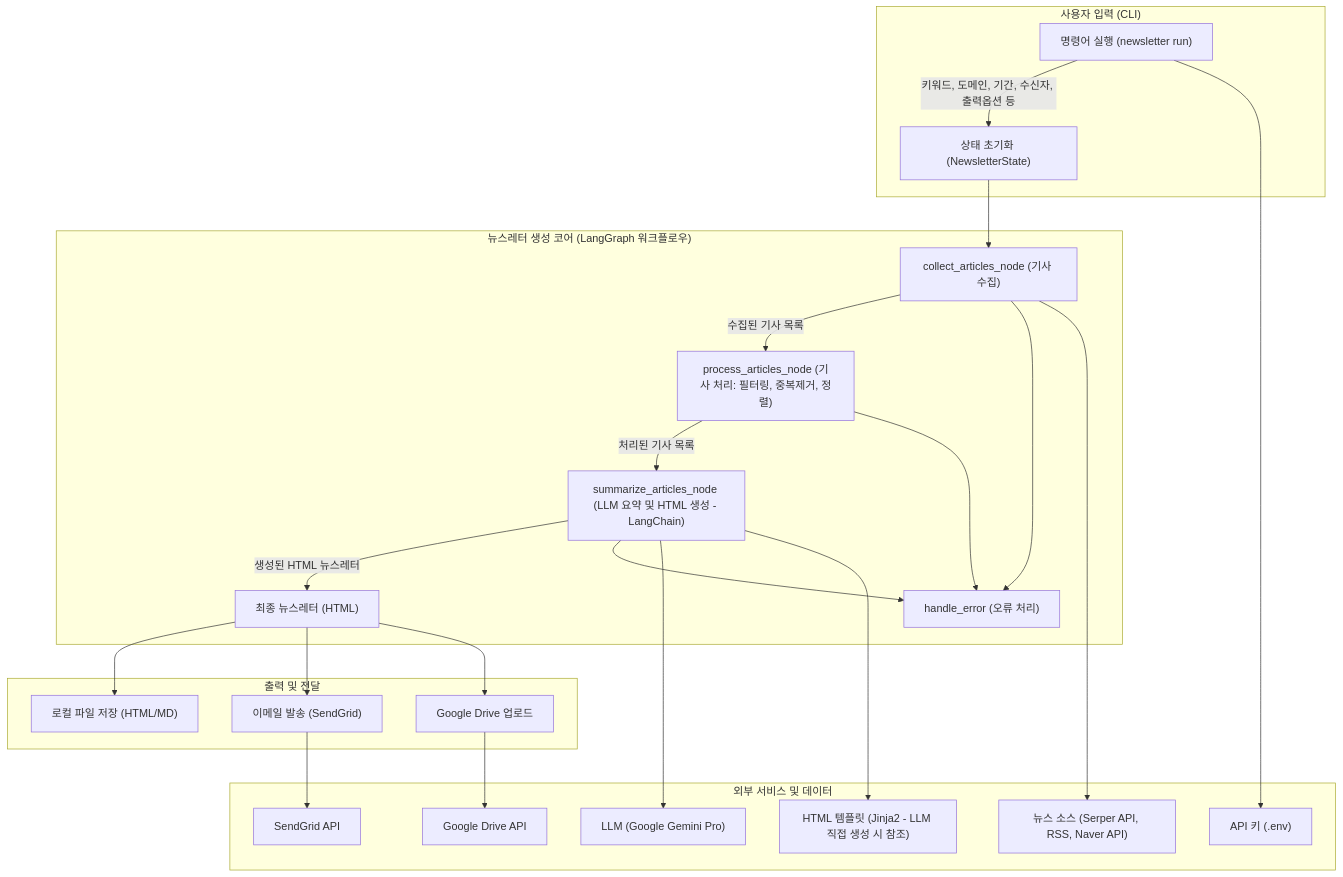
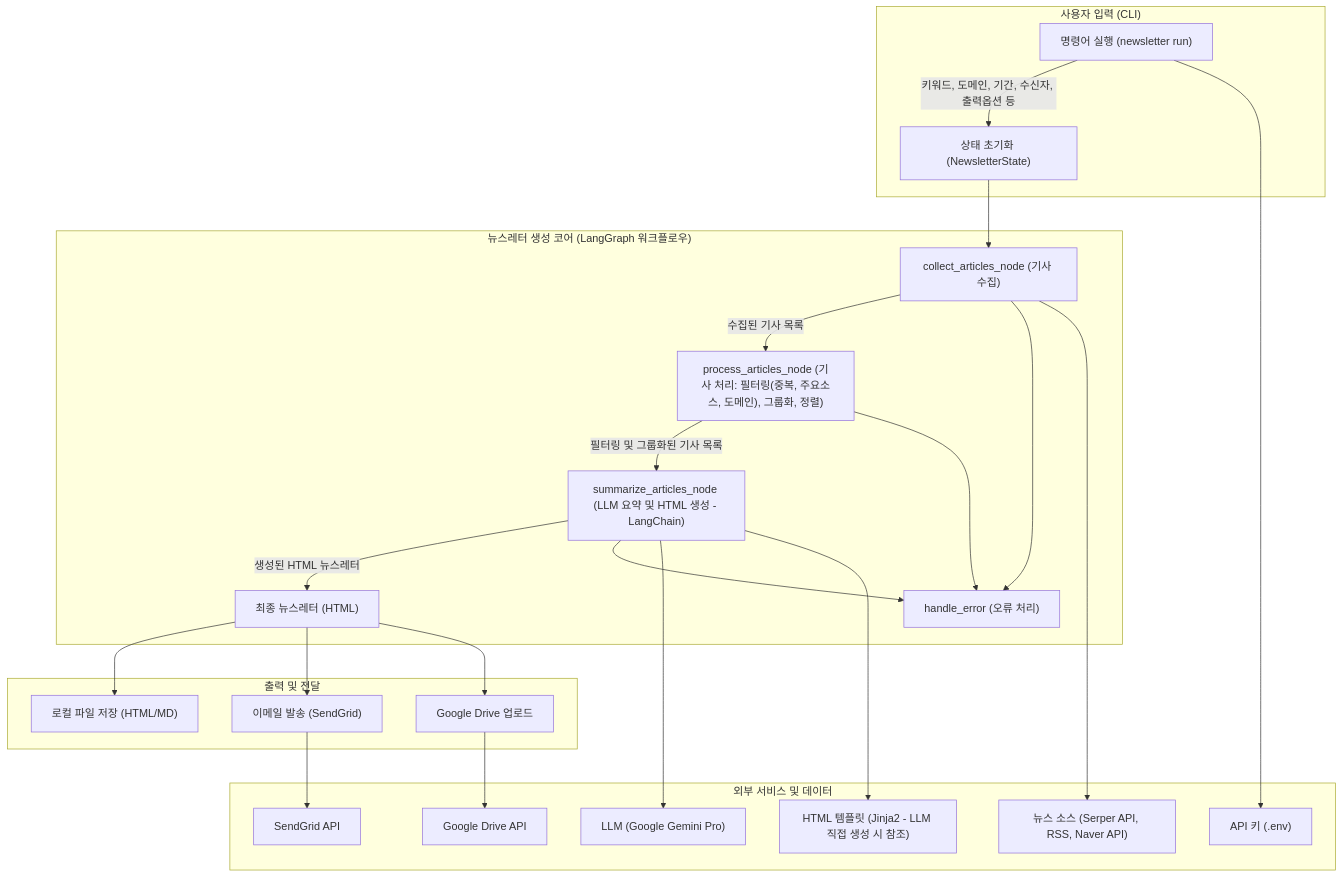
One commit to hjjung-katech/newsletter-generator changed the diagram in architecture.md. Above: the diagram before and after it, drawn with Mermaid. The commit also changed other lines of this file and 2 other files, not shown here.

````diff
--- a/architecture.md
+++ b/architecture.md
@@ -93,44 +100,44 @@
 ```mermaid
 flowchart TD
     subgraph "사용자 입력 (CLI)"
         A1["명령어 실행 (newsletter run)"]
         A1 -- 키워드, 도메인, 기간, 수신자, 출력옵션 등 --> B
     end
 
     subgraph "뉴스레터 생성 코어 (LangGraph 워크플로우)"
         B["상태 초기화 (NewsletterState)"] --> C1
         C1["collect_articles_node (기사 수집)"]
         C1 -- 수집된 기사 목록 --> C2
-        C2["process_articles_node (기사 처리: 필터링, 중복제거, 정렬)"]
-        C2 -- 처리된 기사 목록 --> C3
+        C2["process_articles_node (기사 처리: 필터링(중복, 주요소스, 도메인), 그룹화, 정렬)"]
+        C2 -- 필터링 및 그룹화된 기사 목록 --> C3
         C3["summarize_articles_node (LLM 요약 및 HTML 생성 - LangChain)"]
         C3 -- 생성된 HTML 뉴스레터 --> D
         C_ERR["handle_error (오류 처리)"]
         C1 --> C_ERR
         C2 --> C_ERR
         C3 --> C_ERR
     end
 
     subgraph "출력 및 전달"
         D["최종 뉴스레터 (HTML)"]
         D --> E1["로컬 파일 저장 (HTML/MD)"]
         D --> E2["이메일 발송 (SendGrid)"]
         D --> E3["Google Drive 업로드"]
     end
 
     subgraph "외부 서비스 및 데이터"
         S1["뉴스 소스 (Serper API, RSS, Naver API)"]
         S2["LLM (Google Gemini Pro)"]
         S3["HTML 템플릿 (Jinja2 - LLM 직접 생성 시 참조)"]
         S4["API 키 (.env)"]
         S5["Google Drive API"]
         S6["SendGrid API"]
     end
 
     C1 --> S1
     C3 --> S2
     C3 --> S3
     A1 --> S4
     E3 --> S5
     E2 --> S6
 ```
````
